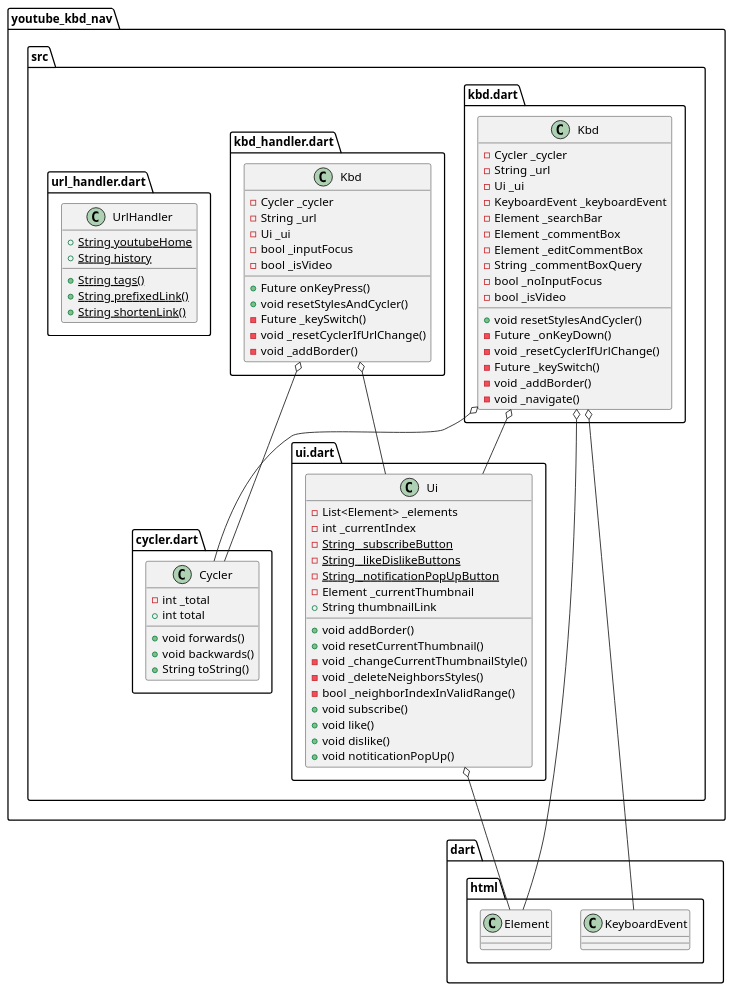
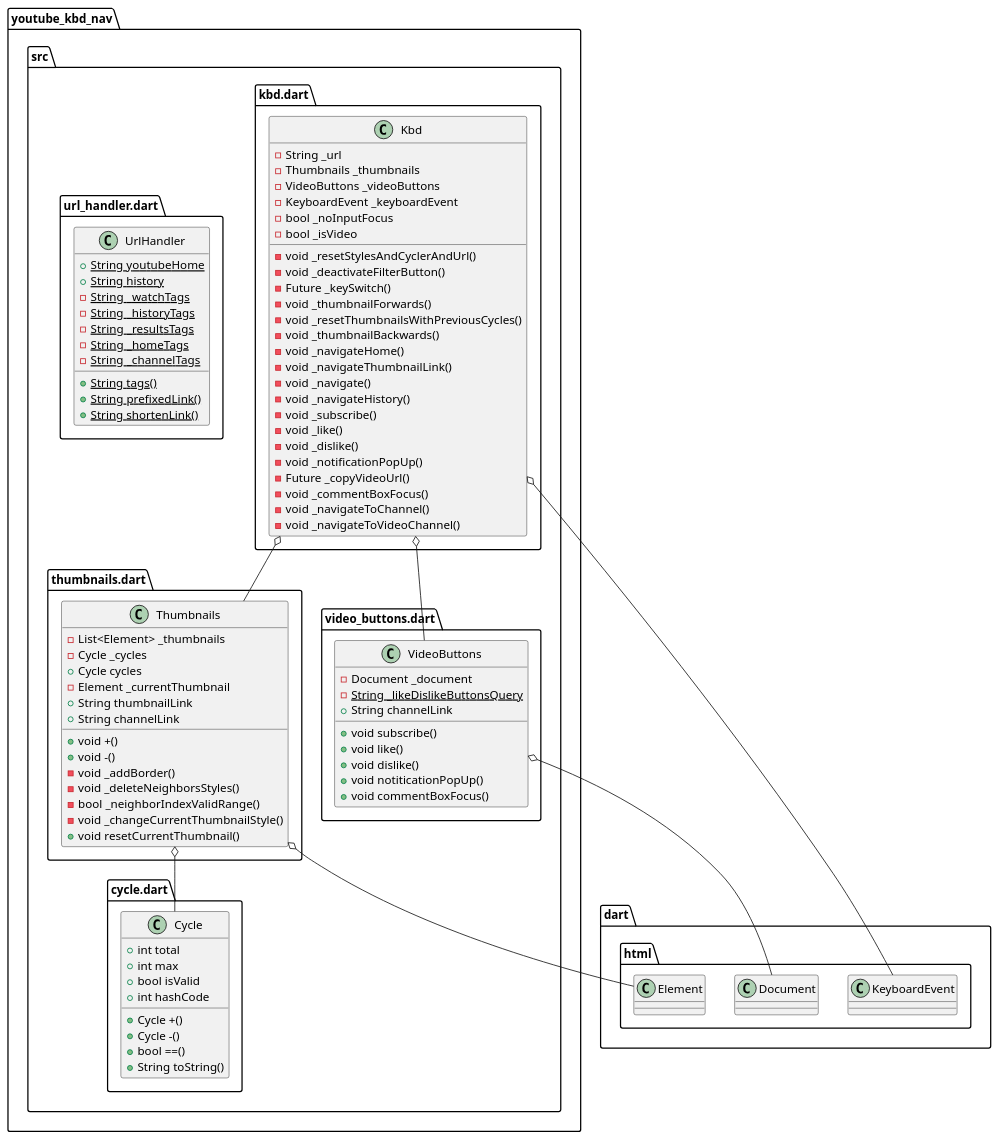
Before and after one commit to FanaroEngineering/youtube_kbd_nav: the diagram in uml.puml, drawn with PlantUML.

Commit message:
updated UML

```diff
--- a/uml.puml
+++ b/uml.puml
@@ -1,82 +1,92 @@
 @startuml youtube_kbd_nav
 set namespaceSeparator ::
 
-class "youtube_kbd_nav::src::cycler.dart::Cycler" {
-  -int _total
+class "youtube_kbd_nav::src::cycle.dart::Cycle" {
   +int total
-  +void forwards()
-  +void backwards()
+  +int max
+  +bool isValid
+  +int hashCode
+  +Cycle +()
+  +Cycle -()
+  +bool ==()
   +String toString()
 }
 
 class "youtube_kbd_nav::src::kbd.dart::Kbd" {
-  -Cycler _cycler
   -String _url
-  -Ui _ui
+  -Thumbnails _thumbnails
+  -VideoButtons _videoButtons
   -KeyboardEvent _keyboardEvent
-  -Element _searchBar
-  -Element _commentBox
-  -Element _editCommentBox
-  -String _commentBoxQuery
   -bool _noInputFocus
   -bool _isVideo
-  +void resetStylesAndCycler()
-  -Future _onKeyDown()
-  -void _resetCyclerIfUrlChange()
+  -void _resetStylesAndCyclerAndUrl()
+  -void _deactivateFilterButton()
   -Future _keySwitch()
-  -void _addBorder()
+  -void _thumbnailForwards()
+  -void _resetThumbnailsWithPreviousCycles()
+  -void _thumbnailBackwards()
+  -void _navigateHome()
+  -void _navigateThumbnailLink()
   -void _navigate()
+  -void _navigateHistory()
+  -void _subscribe()
+  -void _like()
+  -void _dislike()
+  -void _notificationPopUp()
+  -Future _copyVideoUrl()
+  -void _commentBoxFocus()
+  -void _navigateToChannel()
+  -void _navigateToVideoChannel()
 }
 
-"youtube_kbd_nav::src::kbd.dart::Kbd" o-- "youtube_kbd_nav::src::cycler.dart::Cycler"
-"youtube_kbd_nav::src::kbd.dart::Kbd" o-- "youtube_kbd_nav::src::ui.dart::Ui"
+"youtube_kbd_nav::src::kbd.dart::Kbd" o-- "youtube_kbd_nav::src::thumbnails.dart::Thumbnails"
+"youtube_kbd_nav::src::kbd.dart::Kbd" o-- "youtube_kbd_nav::src::video_buttons.dart::VideoButtons"
 "youtube_kbd_nav::src::kbd.dart::Kbd" o-- "dart::html::KeyboardEvent"
-"youtube_kbd_nav::src::kbd.dart::Kbd" o-- "dart::html::Element"
 
-class "youtube_kbd_nav::src::kbd_handler.dart::Kbd" {
-  -Cycler _cycler
-  -String _url
-  -Ui _ui
-  -bool _inputFocus
-  -bool _isVideo
-  +Future onKeyPress()
-  +void resetStylesAndCycler()
-  -Future _keySwitch()
-  -void _resetCyclerIfUrlChange()
+class "youtube_kbd_nav::src::thumbnails.dart::Thumbnails" {
+  -List<Element> _thumbnails
+  -Cycle _cycles
+  +Cycle cycles
+  -Element _currentThumbnail
+  +String thumbnailLink
+  +String channelLink
+  +void +()
+  +void -()
   -void _addBorder()
+  -void _deleteNeighborsStyles()
+  -bool _neighborIndexValidRange()
+  -void _changeCurrentThumbnailStyle()
+  +void resetCurrentThumbnail()
 }
 
-"youtube_kbd_nav::src::kbd_handler.dart::Kbd" o-- "youtube_kbd_nav::src::cycler.dart::Cycler"
-"youtube_kbd_nav::src::kbd_handler.dart::Kbd" o-- "youtube_kbd_nav::src::ui.dart::Ui"
-
-class "youtube_kbd_nav::src::ui.dart::Ui" {
-  -List<Element> _elements
-  -int _currentIndex
-  {static} -String _subscribeButton
-  {static} -String _likeDislikeButtons
-  {static} -String _notificationPopUpButton
-  -Element _currentThumbnail
-  +String thumbnailLink
-  +void addBorder()
-  +void resetCurrentThumbnail()
-  -void _changeCurrentThumbnailStyle()
-  -void _deleteNeighborsStyles()
-  -bool _neighborIndexInValidRange()
-  +void subscribe()
-  +void like()
-  +void dislike()
-  +void notiticationPopUp()
-}
-
-"youtube_kbd_nav::src::ui.dart::Ui" o-- "dart::html::Element"
+"youtube_kbd_nav::src::thumbnails.dart::Thumbnails" o-- "youtube_kbd_nav::src::cycle.dart::Cycle"
+"youtube_kbd_nav::src::thumbnails.dart::Thumbnails" o-- "dart::html::Element"
 
 class "youtube_kbd_nav::src::url_handler.dart::UrlHandler" {
   {static} +String youtubeHome
   {static} +String history
+  {static} -String _watchTags
+  {static} -String _historyTags
+  {static} -String _resultsTags
+  {static} -String _homeTags
+  {static} -String _channelTags
   {static} +String tags()
   {static} +String prefixedLink()
   {static} +String shortenLink()
 }
 
+class "youtube_kbd_nav::src::video_buttons.dart::VideoButtons" {
+  -Document _document
+  {static} -String _likeDislikeButtonsQuery
+  +String channelLink
+  +void subscribe()
+  +void like()
+  +void dislike()
+  +void notiticationPopUp()
+  +void commentBoxFocus()
+}
+
+"youtube_kbd_nav::src::video_buttons.dart::VideoButtons" o-- "dart::html::Document"
+
 
 @enduml
```
